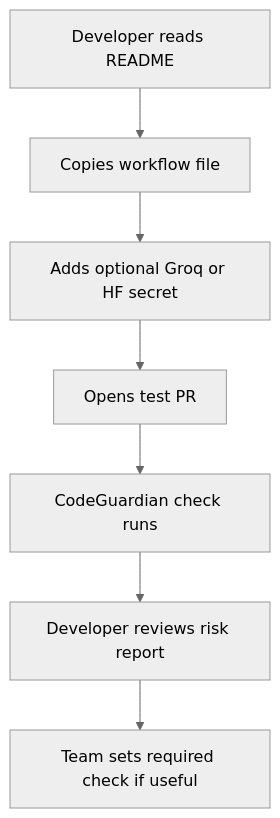
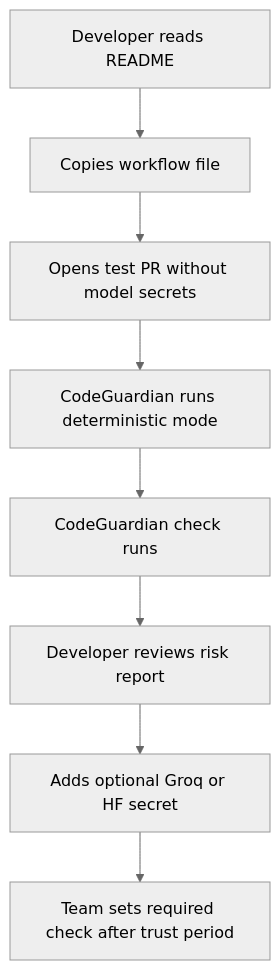
The diagram in doc/build/phase-6-packaging-and-adoption.md (ayushkumar320/CodeGuardian), drawn with Mermaid (neutral theme) before and after one commit. The commit also changed other lines of this file and 9 other files, not shown here.

Commit message:
docs: align build prompts with context graph

````diff
--- a/doc/build/phase-6-packaging-and-adoption.md
+++ b/doc/build/phase-6-packaging-and-adoption.md
@@ -20,9 +20,10 @@
 ```mermaid
 flowchart TD
   A["Developer reads README"] --> B["Copies workflow file"]
-  B --> C["Adds optional Groq or HF secret"]
-  C --> D["Opens test PR"]
+  B --> C["Opens test PR without model secrets"]
+  C --> D["CodeGuardian runs deterministic mode"]
   D --> E["CodeGuardian check runs"]
   E --> F["Developer reviews risk report"]
-  F --> G["Team sets required check if useful"]
+  F --> G["Adds optional Groq or HF secret"]
+  G --> H["Team sets required check after trust period"]
 ```
````
